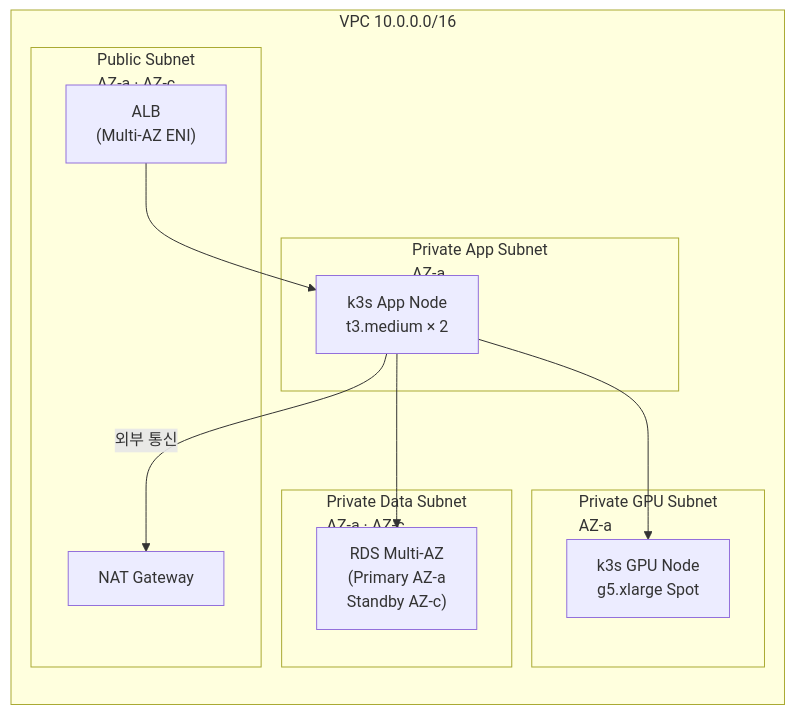
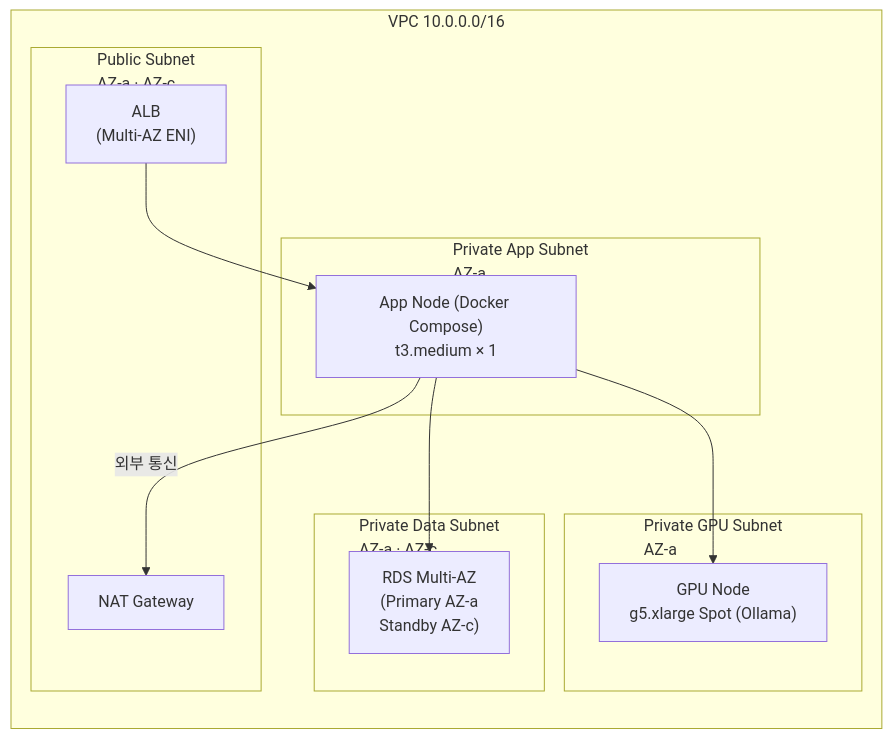
Before and after one commit to nittre/ragvault: the eighth of 9 diagrams in README.md, drawn with Mermaid. The commit also changed other lines of this file and 32 other files, not shown here.

First line of the commit message:
docs: bge-m3·Docker Compose·사내 서비스 전환 전체 문서 반영

````diff
--- a/README.md
+++ b/README.md
@@ -417,23 +395,23 @@
 ```mermaid
 graph LR
     subgraph VPC["VPC  10.0.0.0/16"]
         subgraph PUB["Public Subnet\nAZ-a  ·  AZ-c"]
             ALB2["ALB\n(Multi-AZ ENI)"]
             NATGW["NAT Gateway"]
         end
         subgraph PRIV_APP["Private App Subnet\nAZ-a"]
-            APP2["k3s App Node\nt3.medium × 2"]
+            APP2["App Node (Docker Compose)\nt3.medium × 1"]
         end
         subgraph PRIV_GPU["Private GPU Subnet\nAZ-a"]
-            GPU2["k3s GPU Node\ng5.xlarge Spot"]
+            GPU2["GPU Node\ng5.xlarge Spot (Ollama)"]
         end
         subgraph PRIV_DATA["Private Data Subnet\nAZ-a  ·  AZ-c"]
             RDS2["RDS Multi-AZ\n(Primary AZ-a\nStandby AZ-c)"]
         end
     end
 
     ALB2 --> APP2
     APP2 --> GPU2
     APP2 --> RDS2
     APP2 -->|"외부 통신"| NATGW
 ```
````
